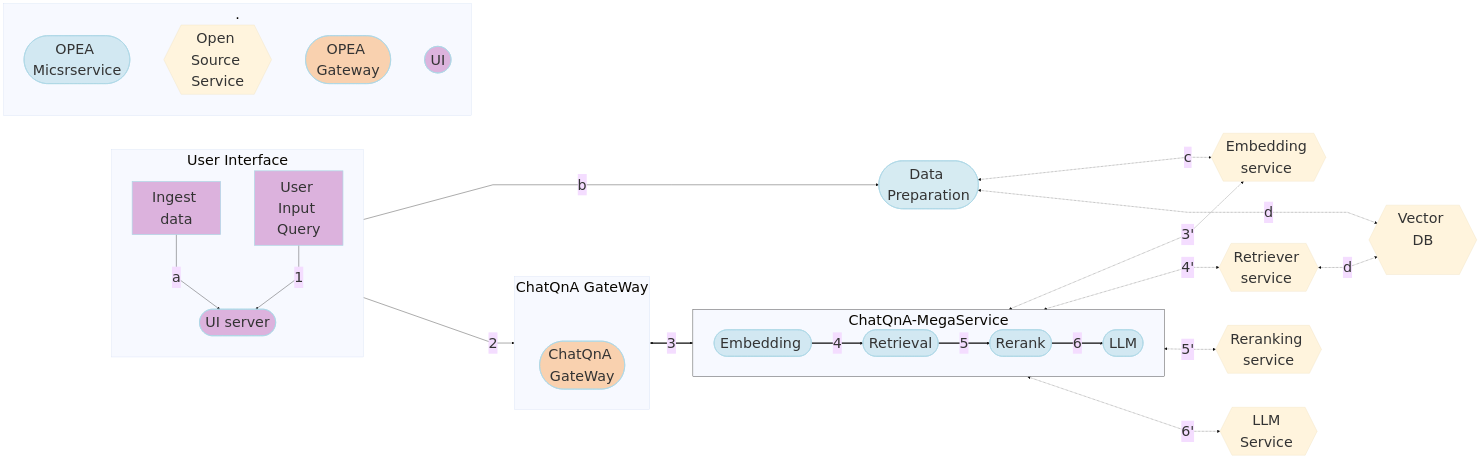
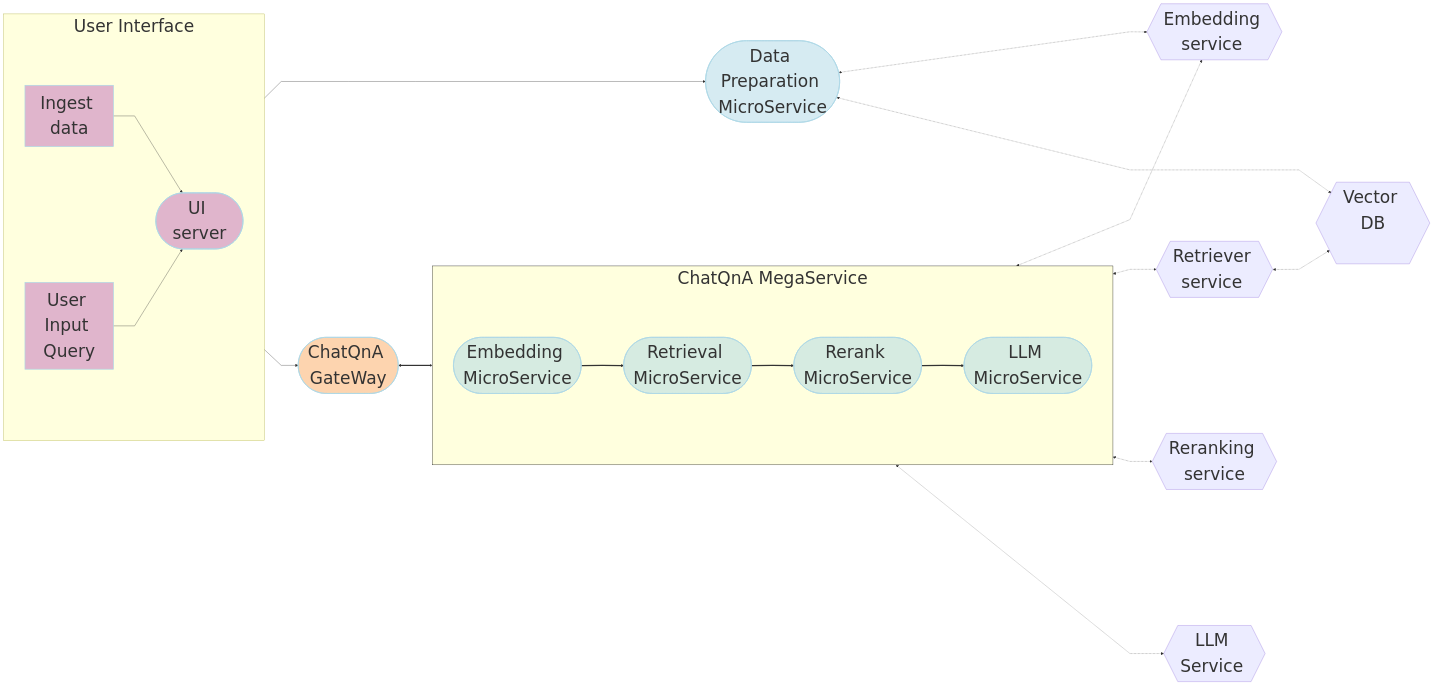
Before and after one commit to opea-project/GenAIExamples: the diagram in ChatQnA/README.md, drawn with Mermaid.

Commit message:
Improve ChatQnA flowchat according to feedback (#736)

````diff
--- a/ChatQnA/README.md
+++ b/ChatQnA/README.md
@@ -13,84 +13,76 @@
 ```mermaid
 ---
 config:
   flowchart:
-    nodeSpacing: 100
+    nodeSpacing: 400
     rankSpacing: 100
     curve: linear
-  theme: base
   themeVariables:
-    fontSize: 42px
+    fontSize: 50px
 ---
 flowchart LR
     %% Colors %%
     classDef blue fill:#ADD8E6,stroke:#ADD8E6,stroke-width:2px,fill-opacity:0.5
     classDef orange fill:#FBAA60,stroke:#ADD8E6,stroke-width:2px,fill-opacity:0.5
     classDef orchid fill:#C26DBC,stroke:#ADD8E6,stroke-width:2px,fill-opacity:0.5
     classDef invisible fill:transparent,stroke:transparent;
     style ChatQnA-MegaService stroke:#000000
+
     %% Subgraphs %%
-    subgraph ChatQnA-MegaService["ChatQnA-MegaService"]
+    subgraph ChatQnA-MegaService["ChatQnA MegaService "]
         direction LR
-        EM([Embedding <br>]):::blue
-        RET([Retrieval <br>]):::blue
-        RER([Rerank <br>]):::blue
-        LLM([LLM <br>]):::blue
+        EM([Embedding MicroService]):::blue
+        RET([Retrieval MicroService]):::blue
+        RER([Rerank MicroService]):::blue
+        LLM([LLM MicroService]):::blue
     end
-    subgraph User Interface
-        direction TB
+    subgraph UserInterface[" User Interface "]
+        direction LR
         a([User Input Query]):::orchid
         Ingest([Ingest data]):::orchid
         UI([UI server<br>]):::orchid
     end
-    subgraph ChatQnA GateWay
-        direction LR
-        invisible1[ ]:::invisible
-        GW([ChatQnA GateWay<br>]):::orange
-    end
-    subgraph .
-        X([OPEA Micsrservice]):::blue
-        Y{{Open Source Service}}
-        Z([OPEA Gateway]):::orange
-        Z1([UI]):::orchid
-    end
+
+
 
     TEI_RER{{Reranking service<br>}}
     TEI_EM{{Embedding service <br>}}
     VDB{{Vector DB<br><br>}}
     R_RET{{Retriever service <br>}}
-    DP([Data Preparation<br>]):::blue
+    DP([Data Preparation MicroService]):::blue
     LLM_gen{{LLM Service <br>}}
+    GW([ChatQnA GateWay<br>]):::orange
 
     %% Data Preparation flow
     %% Ingest data flow
     direction LR
-    Ingest[Ingest data] -->|a| UI
-    UI -->|b| DP
-    DP <-.->|c| TEI_EM
+    Ingest[Ingest data] --> UI
+    UI --> DP
+    DP <-.-> TEI_EM
 
     %% Questions interaction
     direction LR
-    a[User Input Query] -->|1| UI
-    UI -->|2| GW
-    GW <==>|3| ChatQnA-MegaService
-    EM ==>|4| RET
-    RET ==>|5| RER
-    RER ==>|6| LLM
+    a[User Input Query] --> UI
+    UI --> GW
+    GW <==> ChatQnA-MegaService
+    EM ==> RET
+    RET ==> RER
+    RER ==> LLM
 
 
     %% Embedding service flow
-    direction TB
-    EM <-.->|3'| TEI_EM
-    RET <-.->|4'| R_RET
-    RER <-.->|5'| TEI_RER
-    LLM <-.->|6'| LLM_gen
+    direction LR
+    EM <-.-> TEI_EM
+    RET <-.-> R_RET
+    RER <-.-> TEI_RER
+    LLM <-.-> LLM_gen
 
     direction TB
     %% Vector DB interaction
-    R_RET <-.->|d|VDB
-    DP <-.->|d|VDB
+    R_RET <-.->VDB
+    DP <-.->VDB
 
 
 
 
 ```
````
